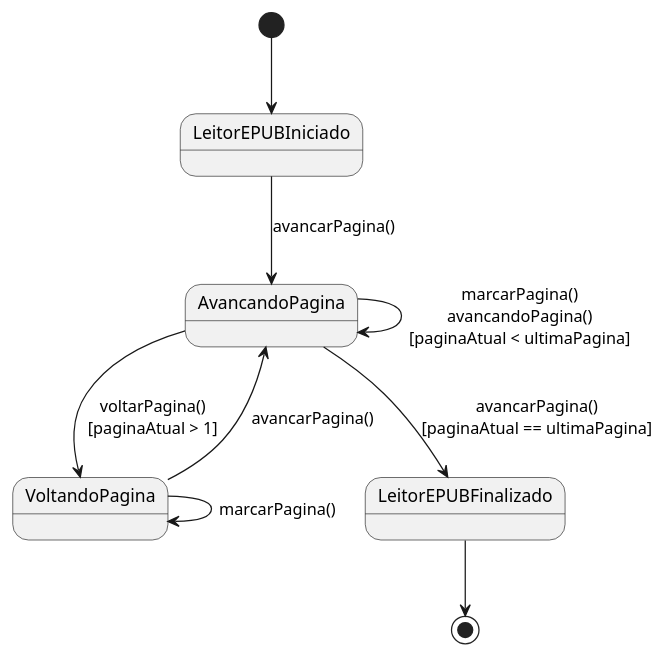
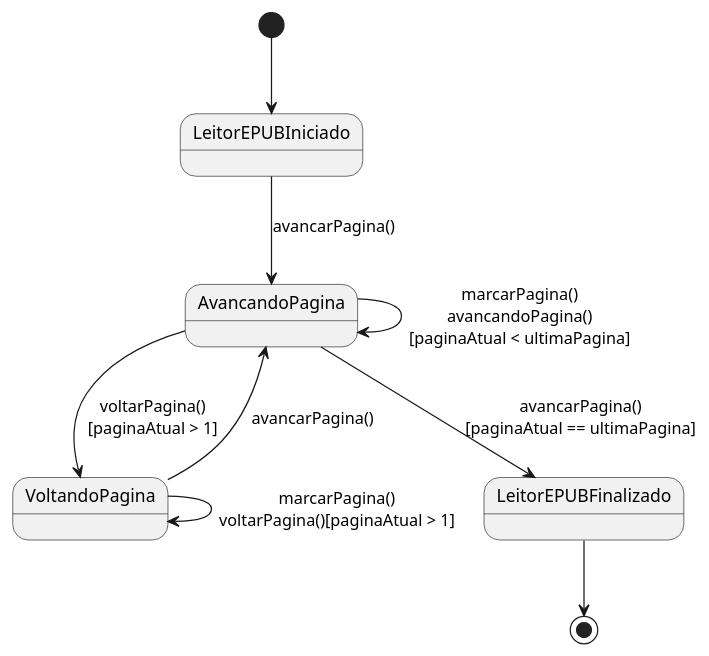
The diagram in docs/codigo-plantuml/diagramas-estados/dte-leitor-epub.puml (jalv21/iLib), drawn with PlantUML before and after one commit.

Commit message:
docs/finalizando DTE de Leitor EPUB

```diff
--- a/docs/codigo-plantuml/diagramas-estados/dte-leitor-epub.puml
+++ b/docs/codigo-plantuml/diagramas-estados/dte-leitor-epub.puml
@@ -1,16 +1,16 @@
 @startuml dte-leitor-epub
 
 [*] --> LeitorEPUBIniciado
 
 LeitorEPUBIniciado --> AvancandoPagina : avancarPagina()
 AvancandoPagina --> AvancandoPagina : marcarPagina()\navancandoPagina()\n[paginaAtual < ultimaPagina]
 
 AvancandoPagina --> VoltandoPagina : voltarPagina()\n[paginaAtual > 1]
-VoltandoPagina --> VoltandoPagina : marcarPagina()
+VoltandoPagina --> VoltandoPagina : marcarPagina()\nvoltarPagina()[paginaAtual > 1]
 VoltandoPagina --> AvancandoPagina : avancarPagina()
 
 AvancandoPagina --> LeitorEPUBFinalizado : avancarPagina()\n[paginaAtual == ultimaPagina]
 
 LeitorEPUBFinalizado --> [*]
 
 @enduml
```
